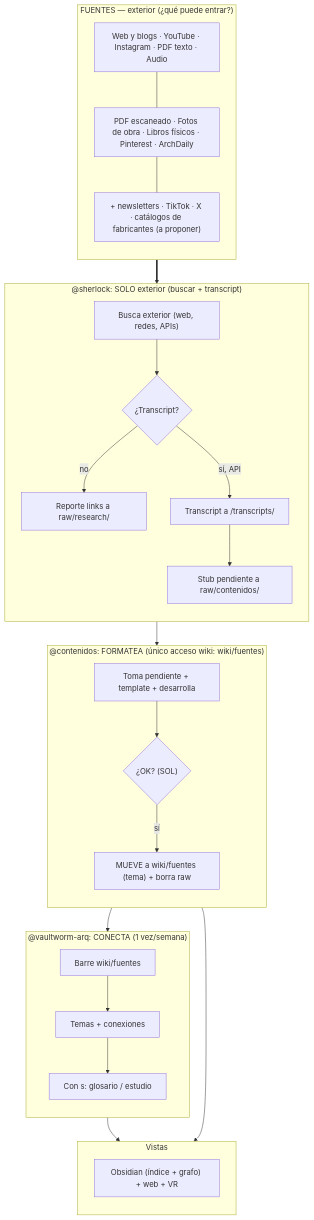
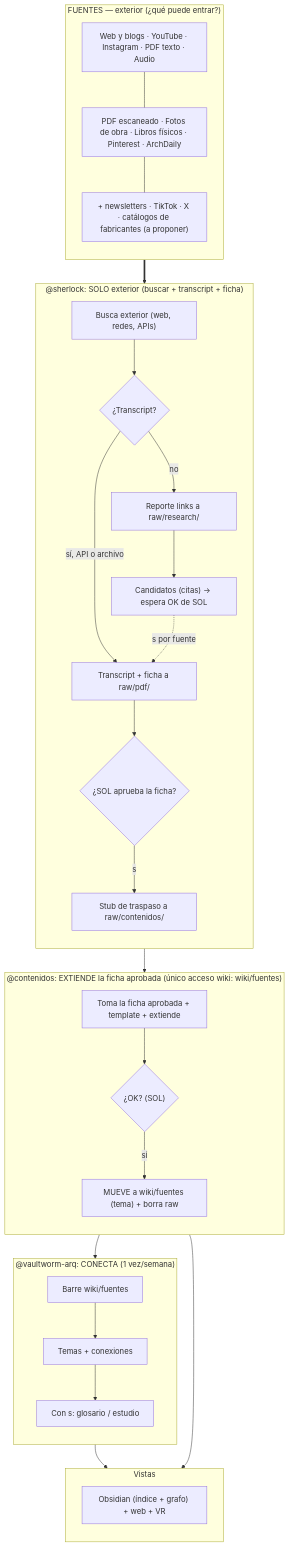
The diagram in diagramas/agentes-fuentes.mmd (p-31416/vault-arquitectura), drawn with Mermaid before and after one commit. The commit also changed 316 other files, not shown here.

```diff
--- a/diagramas/agentes-fuentes.mmd
+++ b/diagramas/agentes-fuentes.mmd
@@ -1,42 +1,47 @@
 flowchart TB
     subgraph F ["FUENTES — exterior (¿qué puede entrar?)"]
         direction TB
         F1["Web y blogs · YouTube · Instagram · PDF texto · Audio"]
         F2["PDF escaneado · Fotos de obra · Libros físicos · Pinterest · ArchDaily"]
         F3["+ newsletters · TikTok · X · catálogos de fabricantes (a proponer)"]
         F1 --- F2 --- F3
     end
-    subgraph SH ["@sherlock: SOLO exterior (buscar + transcript)"]
+    subgraph SH ["@sherlock: SOLO exterior (buscar + transcript + ficha)"]
         direction TB
         S1["Busca exterior (web, redes, APIs)"]
         D1{"¿Transcript?"}
         R1["Reporte links a raw/research/"]
-        T1["Transcript a <fuente>/transcripts/"]
-        P1["Stub pendiente a raw/contenidos/"]
+        T1["Transcript + ficha a raw/pdf/"]
+        K1["Candidatos (citas) → espera OK de SOL"]
+        D3{"¿SOL aprueba la ficha?"}
+        P1["Stub de traspaso a raw/contenidos/"]
         S1 --> D1
         D1 -->|no| R1
-        D1 -->|sí, API| T1 --> P1
+        D1 -->|sí, API o archivo| T1 --> D3
+        D3 -->|"s"| P1
+        R1 --> K1
+        K1 -.->|"s por fuente"| T1
     end
-    subgraph CO ["@contenidos: FORMATEA (único acceso wiki: wiki/fuentes)"]
+    subgraph CO ["@contenidos: EXTIENDE la ficha aprobada (único acceso wiki: wiki/fuentes)"]
         direction TB
-        C1["Toma pendiente + template + desarrolla"]
+        C1["Toma la ficha aprobada + template + extiende"]
         D2{"¿OK? (SOL)"}
         C2["MUEVE a wiki/fuentes (tema) + borra raw"]
         C1 --> D2 -->|sí| C2
     end
     subgraph VW ["@vaultworm-arq: CONECTA (1 vez/semana)"]
         direction TB
         V1["Barre wiki/fuentes"]
         V2["Temas + conexiones"]
         V3["Con s: glosario / estudio"]
         V1 --> V2 --> V3
     end
     subgraph VS ["Vistas"]
         direction TB
         W1["Obsidian (índice + grafo) + web + VR"]
     end
     F ==> SH
     P1 --> C1
     C2 --> V1
     C2 --> W1
     V3 --> W1
```
